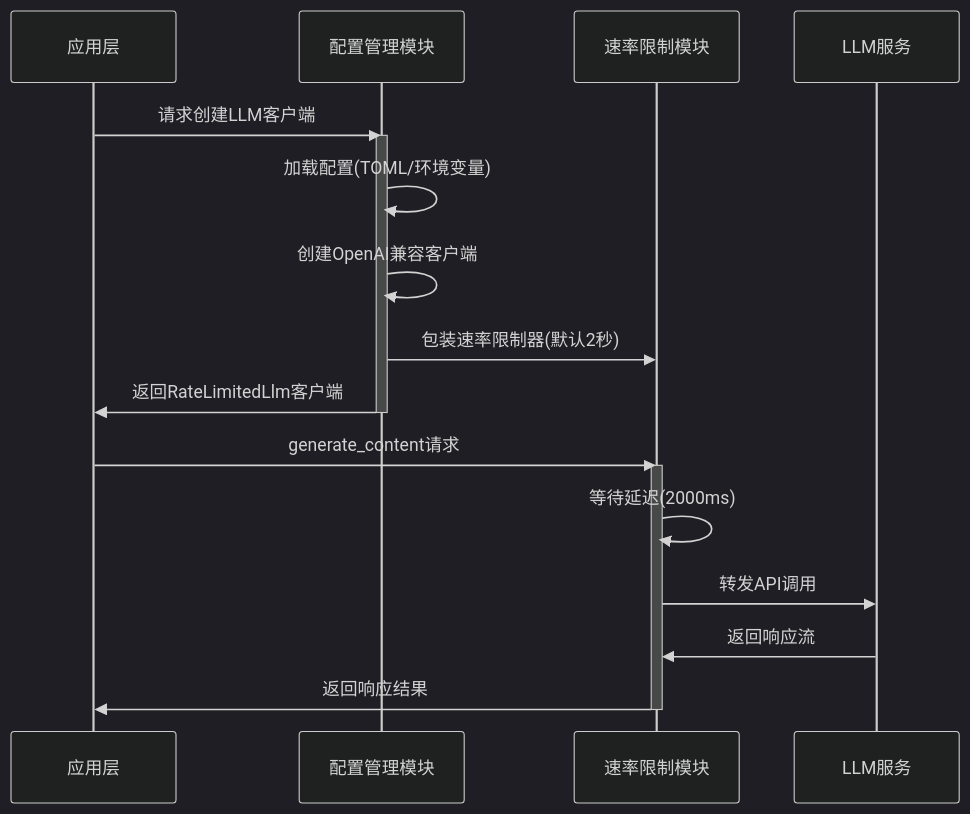
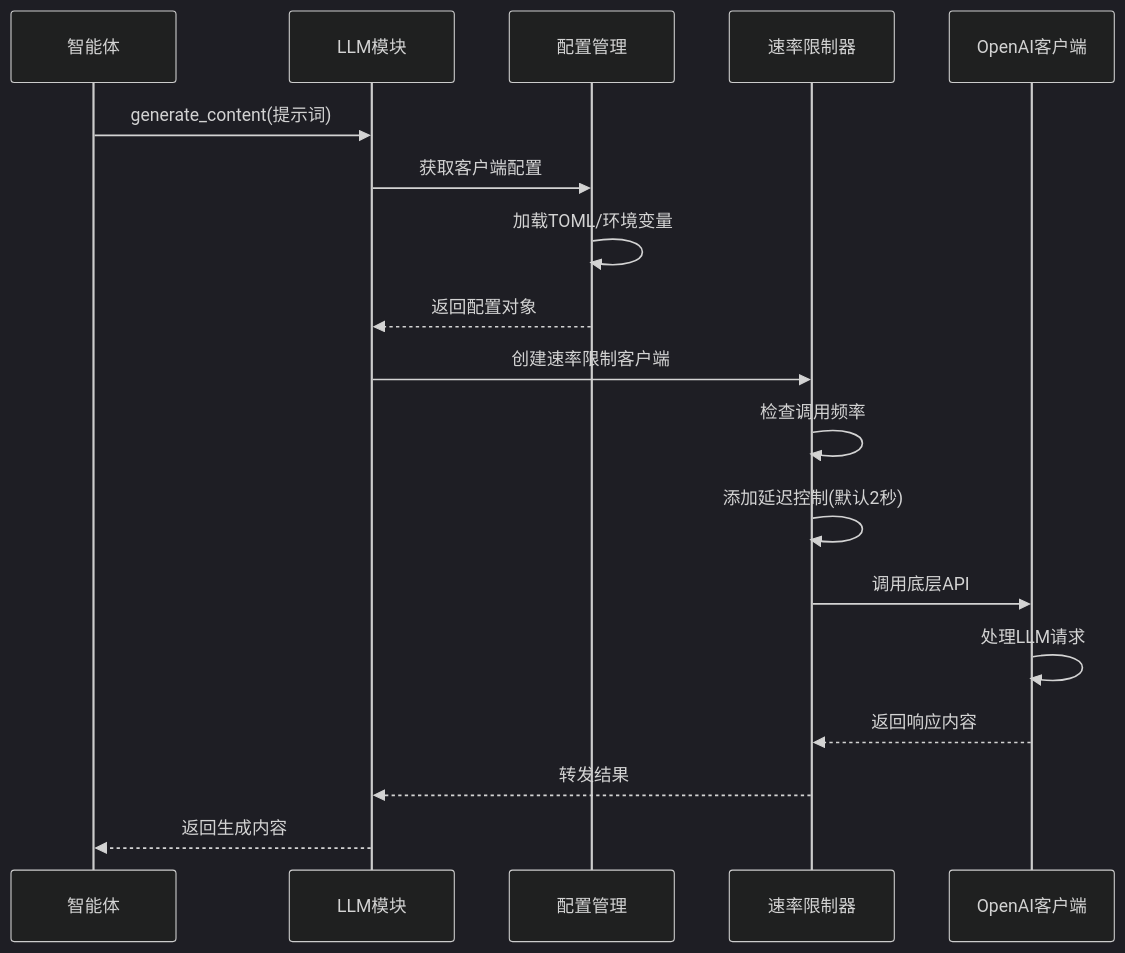
One commit to sopaco/cowork-forge changed the second of 2 diagrams in litho.docs/zh/4、深入探索/LLM集成域.md. Above: the diagram before and after it, drawn with Mermaid (dark theme). The commit also changed other lines of this file and 26 other files, not shown here.

````diff
--- a/litho.docs/zh/4、深入探索/LLM集成域.md
+++ b/litho.docs/zh/4、深入探索/LLM集成域.md
@@ -34,23 +126,21 @@
 ```mermaid
 sequenceDiagram
-    participant A as 应用层
-    participant C as 配置管理模块
-    participant R as 速率限制模块
-    participant L as LLM服务
+    participant A as 智能体
+    participant L as LLM模块
+    participant C as 配置管理
+    participant R as 速率限制器
+    participant O as OpenAI客户端
     
-    A->>C: 请求创建LLM客户端
-    activate C
-    C->>C: 加载配置(TOML/环境变量)
-    C->>C: 创建OpenAI兼容客户端
-    C->>R: 包装速率限制器(默认2秒)
-    C->>A: 返回RateLimitedLlm客户端
-    deactivate C
-    
-    A->>R: generate_content请求
-    activate R
-    R->>R: 等待延迟(2000ms)
-    R->>L: 转发API调用
-    L->>R: 返回响应流
-    R->>A: 返回响应结果
-    deactivate R
+    A->>L: generate_content(提示词)
+    L->>C: 获取客户端配置
+    C->>C: 加载TOML/环境变量
+    C-->>L: 返回配置对象
+    L->>R: 创建速率限制客户端
+    R->>R: 检查调用频率
+    R->>R: 添加延迟控制(默认2秒)
+    R->>O: 调用底层API
+    O->>O: 处理LLM请求
+    O-->>R: 返回响应内容
+    R-->>L: 转发结果
+    L-->>A: 返回生成内容
 ```
````
